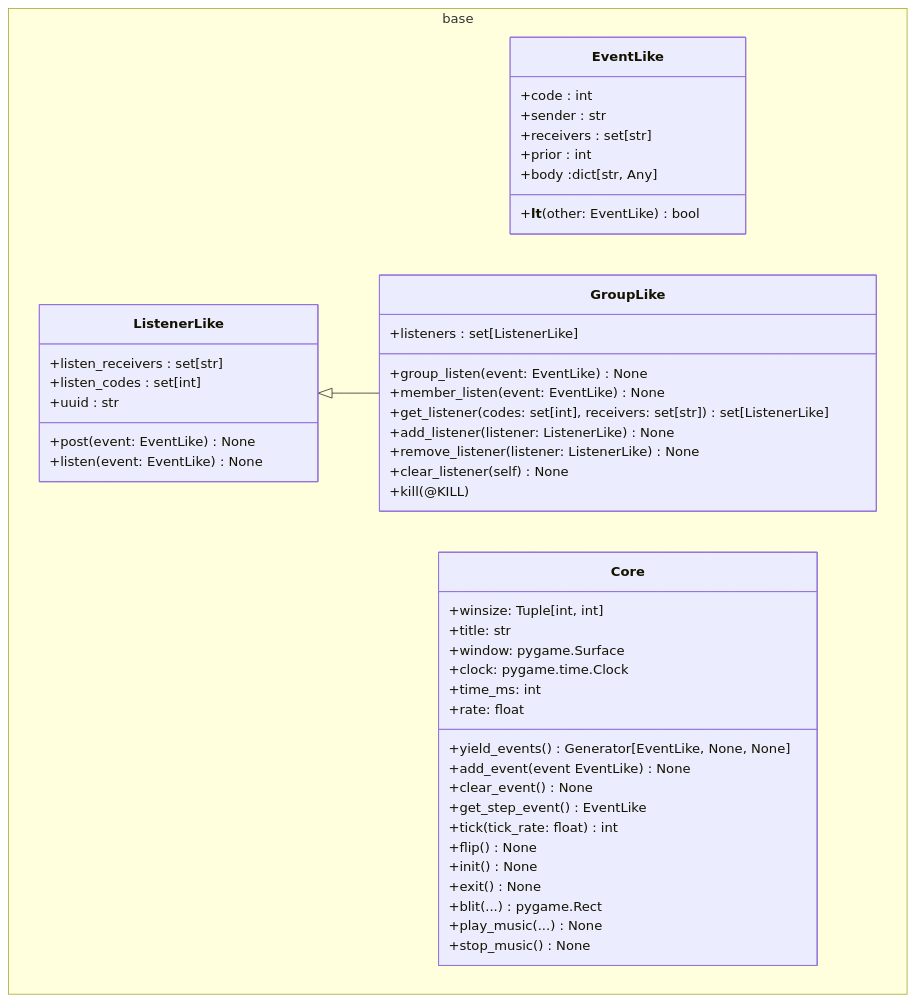
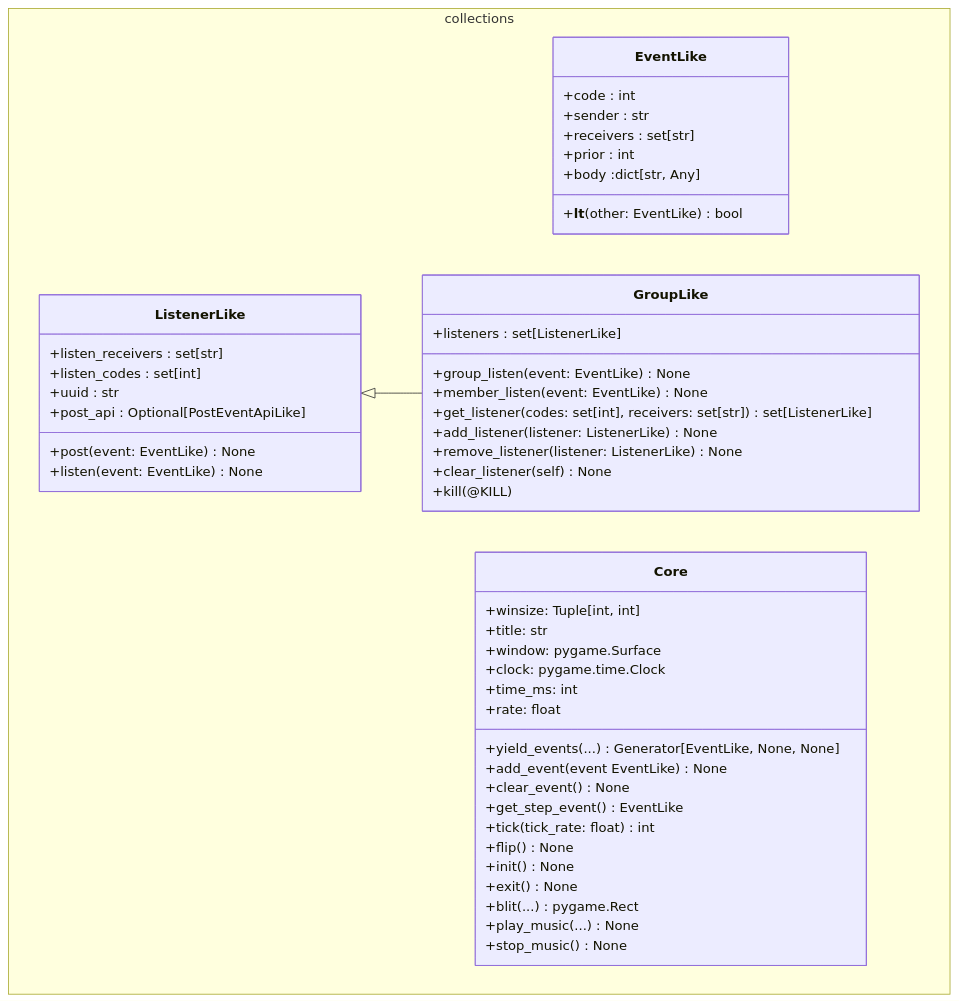
One commit to teafrogsf/SI100B_DIE_Fall_2024_Repo changed the third of 4 diagrams in baseline/README.md. Above: the diagram before and after it, drawn with Mermaid. The commit also changed other lines of this file and 1 other file, not shown here.

````diff
--- a/baseline/README.md
+++ b/baseline/README.md
@@ -100,54 +109,55 @@
 ```mermaid
 classDiagram
 direction TB
-namespace base {
+namespace collections {
     class EventLike {
         +code : int
         +sender : str
         +receivers : set[str]
         +prior : int
         +body :dict[str, Any]
         +__lt__(other: EventLike) bool
     }
 
     class ListenerLike {
         +listen_receivers : set[str]
         +listen_codes : set[int]
         +uuid : str
+        +post_api : Optional[PostEventApiLike]
         +post(event: EventLike) None
         +listen(event: EventLike) None
     }
     
     class GroupLike {
         +listeners : set[ListenerLike]
         +group_listen(event: EventLike) None
         +member_listen(event: EventLike) None
         +get_listener(codes: set[int], receivers: set[str]) set[ListenerLike]
         +add_listener(listener: ListenerLike) None
         +remove_listener(listener: ListenerLike) None
         +clear_listener(self) None
         +kill(@KILL)
     }
     
     class Core {
         +winsize: Tuple[int, int]
         +title: str
         +window: pygame.Surface
         +clock: pygame.time.Clock
         +time_ms: int
         +rate: float
-        +yield_events() Generator[EventLike, None, None]
+        +yield_events(...) Generator[EventLike, None, None]
         +add_event(event EventLike) None
         +clear_event() None
         +get_step_event() EventLike
         +tick(tick_rate: float) int
         +flip() None
         +init() None
         +exit() None
         +blit(...) pygame.Rect
         +play_music(...) None
         +stop_music() None
     }
 }
 ListenerLike <|-- GroupLike
 ```
````
